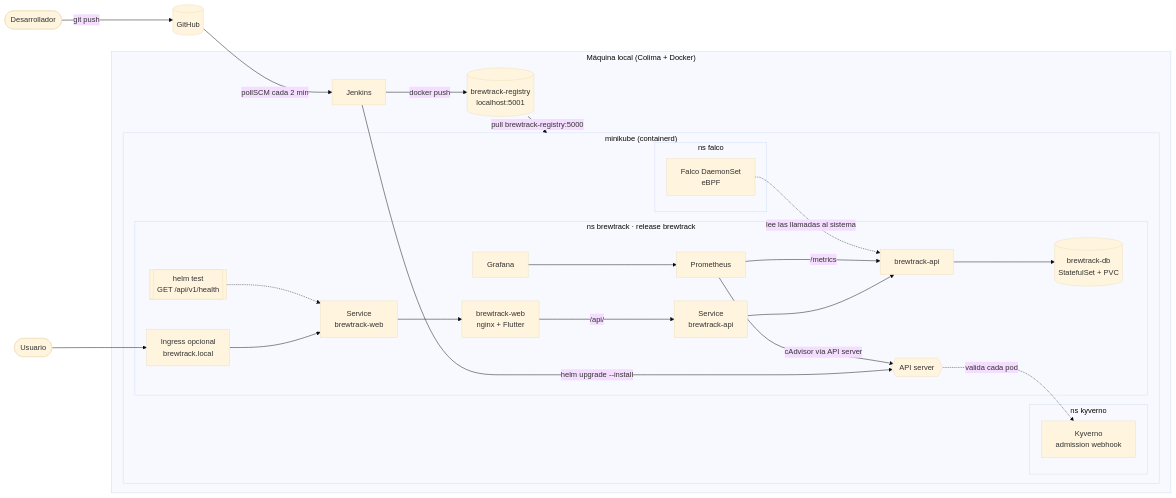
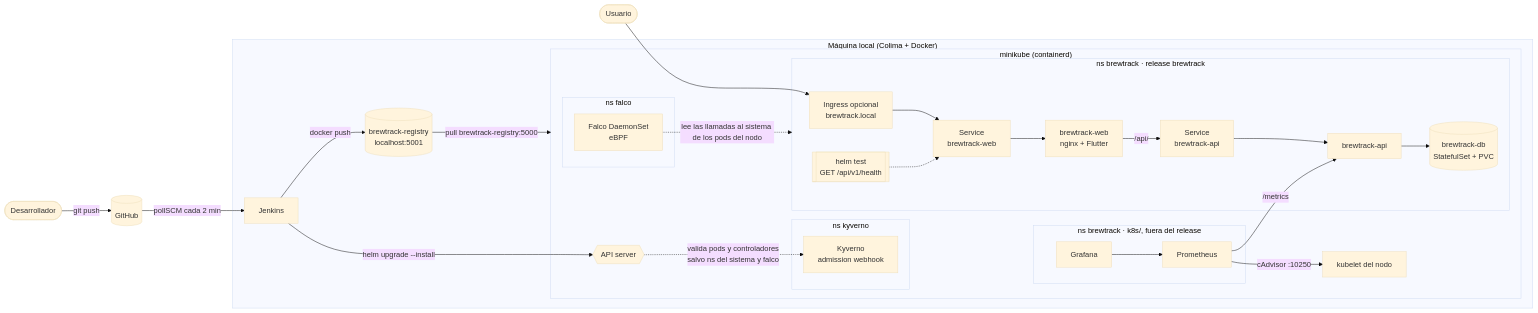
Before and after one commit to fedepds/BrewTrack: the first of 3 diagrams in README.md, drawn with Mermaid (base theme). The commit also changed other lines of this file and 12 other files, not shown here.

````diff
--- a/README.md
+++ b/README.md
@@ -55,39 +55,45 @@
 ```mermaid
 flowchart LR
   dev([Desarrollador]) -->|git push| gh[(GitHub)]
   gh -->|pollSCM cada 2 min| jk
 
   subgraph host["Máquina local (Colima + Docker)"]
     jk[Jenkins] -->|docker push| reg[("brewtrack-registry<br/>localhost:5001")]
     jk -->|helm upgrade --install| api_server
 
     subgraph mk["minikube (containerd)"]
       api_server{{API server}}
 
       subgraph ns_k["ns kyverno"]
         kyv[Kyverno<br/>admission webhook]
       end
-      api_server -.->|valida cada pod| kyv
+      api_server -.->|valida pods y controladores<br/>salvo ns del sistema y falco| kyv
+
+      kubelet[kubelet del nodo]
 
       subgraph ns_b["ns brewtrack · release brewtrack"]
         ing[Ingress opcional<br/>brewtrack.local] --> svc_web[Service<br/>brewtrack-web]
         svc_web --> web[brewtrack-web<br/>nginx + Flutter]
         web -->|/api/| svc_api[Service<br/>brewtrack-api]
         svc_api --> apipod[brewtrack-api]
         apipod --> db[(brewtrack-db<br/>StatefulSet + PVC)]
         test[[helm test<br/>GET /api/v1/health]] -.-> svc_web
-        prom[Prometheus] -->|/metrics| apipod
-        prom -->|cAdvisor vía API server| api_server
+      end
+
+      subgraph mon["ns brewtrack · k8s/, fuera del release"]
+        prom[Prometheus]
         graf[Grafana] --> prom
       end
+      prom -->|/metrics| apipod
+      prom -->|cAdvisor :10250| kubelet
 
       subgraph ns_f["ns falco"]
         falco[Falco DaemonSet<br/>eBPF]
       end
     end
     reg -->|pull brewtrack-registry:5000| mk
   end
 
   user([Usuario]) --> ing
-  falco -.->|lee las llamadas al sistema| apipod
+  falco -.->|lee las llamadas al sistema de los pods del nodo| ns_b
 ```
````
